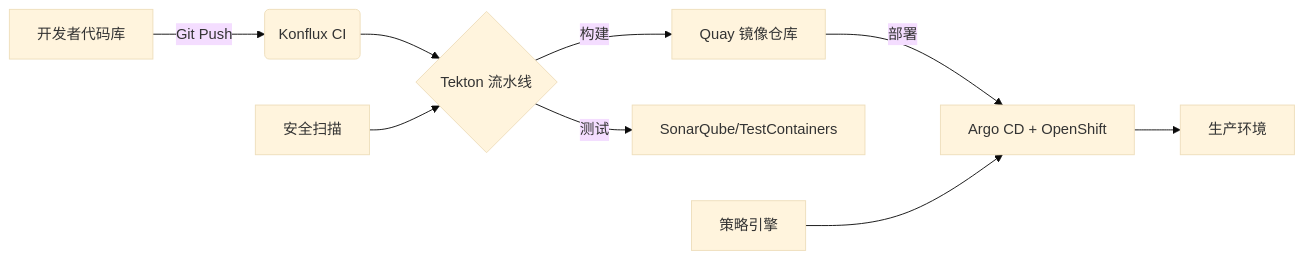
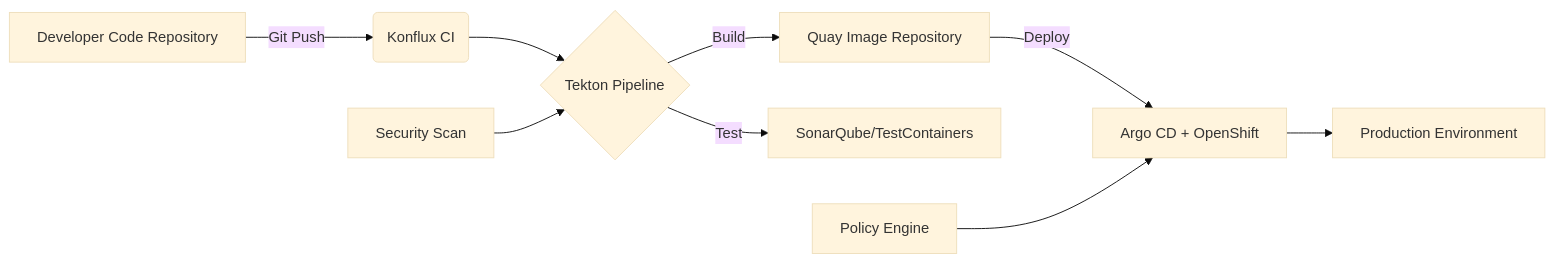
Before and after one commit to liweinan/deepseek-answers: the diagram in files/konflux-ci.md, drawn with Mermaid (base theme). The commit also changed other lines of this file and 135 other files, not shown here.

````diff
--- a/files/konflux-ci.md
+++ b/files/konflux-ci.md
@@ -58,11 +59,11 @@
 ```mermaid
 graph LR
-  A[开发者代码库] -->|Git Push| B(Konflux CI)
-  B --> C{Tekton 流水线}
-  C -->|构建| D[Quay 镜像仓库]
-  C -->|测试| E[SonarQube/TestContainers]
-  D -->|部署| F[Argo CD + OpenShift]
-  F --> G[生产环境]
-  H[安全扫描] --> C
-  I[策略引擎] --> F
+  A[Developer Code Repository] -->|Git Push| B(Konflux CI)
+  B --> C{Tekton Pipeline}
+  C -->|Build| D[Quay Image Repository]
+  C -->|Test| E[SonarQube/TestContainers]
+  D -->|Deploy| F[Argo CD + OpenShift]
+  F --> G[Production Environment]
+  H[Security Scan] --> C
+  I[Policy Engine] --> F
 ```
````
